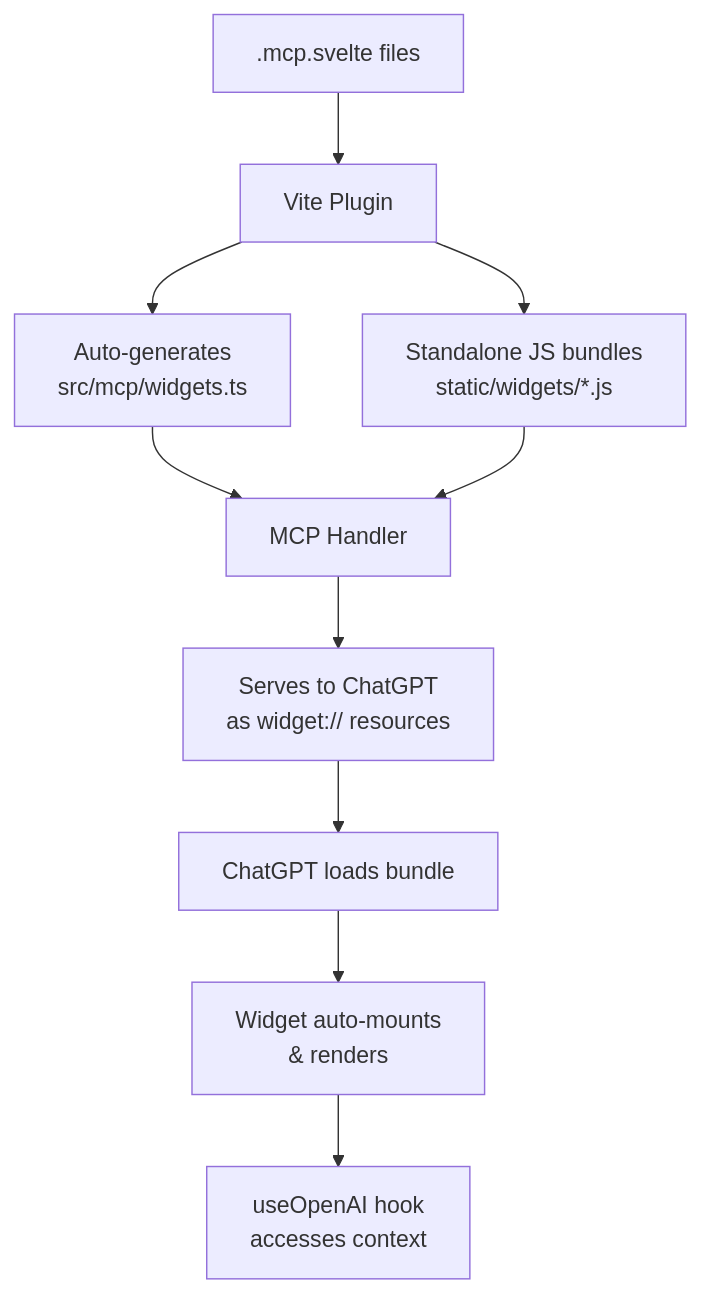
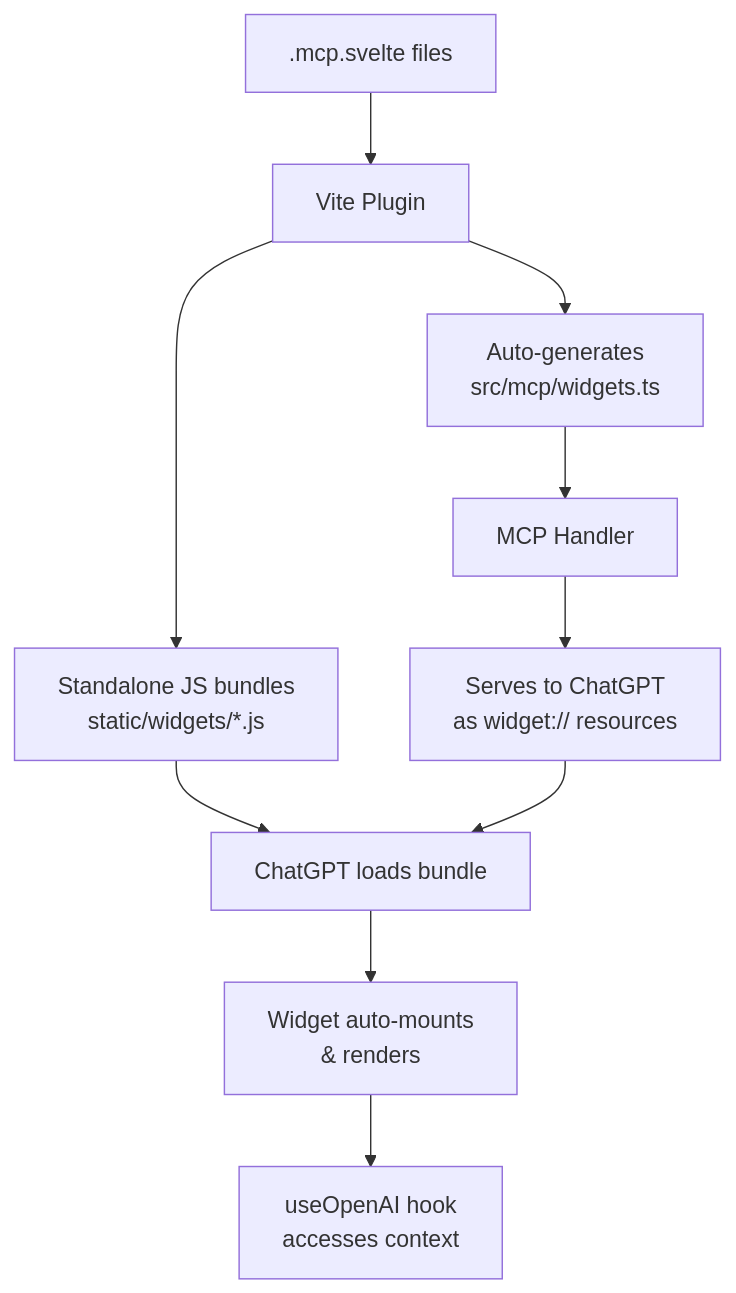
The diagram in README.md (beynar/widgetkit), drawn with Mermaid before and after one commit.

````diff
--- a/README.md
+++ b/README.md
@@ -15,12 +15,12 @@
 ```mermaid
 graph TD
     A[.mcp.svelte files] --> B[Vite Plugin]
     B --> C[Standalone JS bundles<br/>static/widgets/*.js]
     B --> D[Auto-generates<br/>src/mcp/widgets.ts]
     D --> E[MCP Handler]
-    C --> E
+    C --> G
     E --> F[Serves to ChatGPT<br/>as widget:// resources]
     F --> G[ChatGPT loads bundle]
     G --> H[Widget auto-mounts<br/>& renders]
     H --> I[useOpenAI hook<br/>accesses context]
 ```
````
